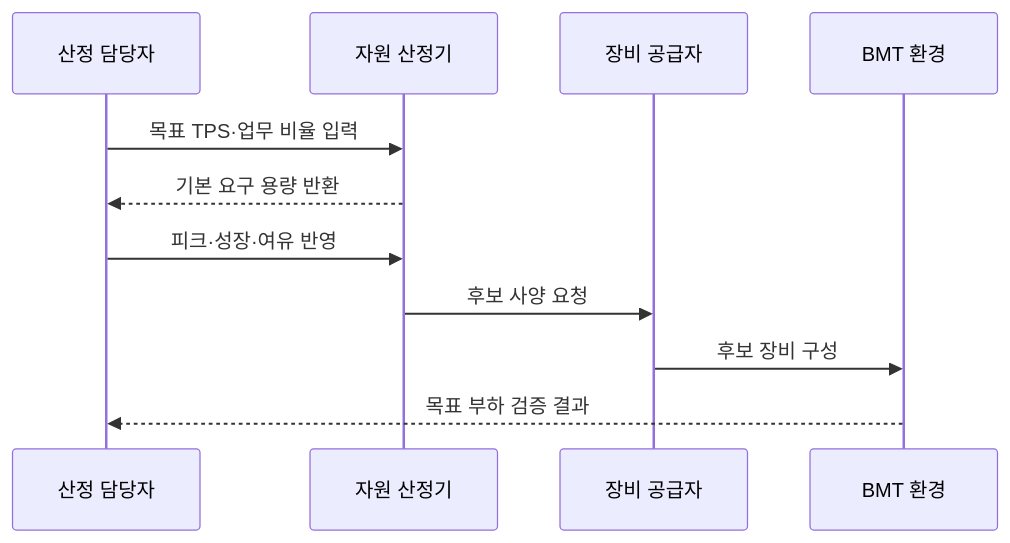
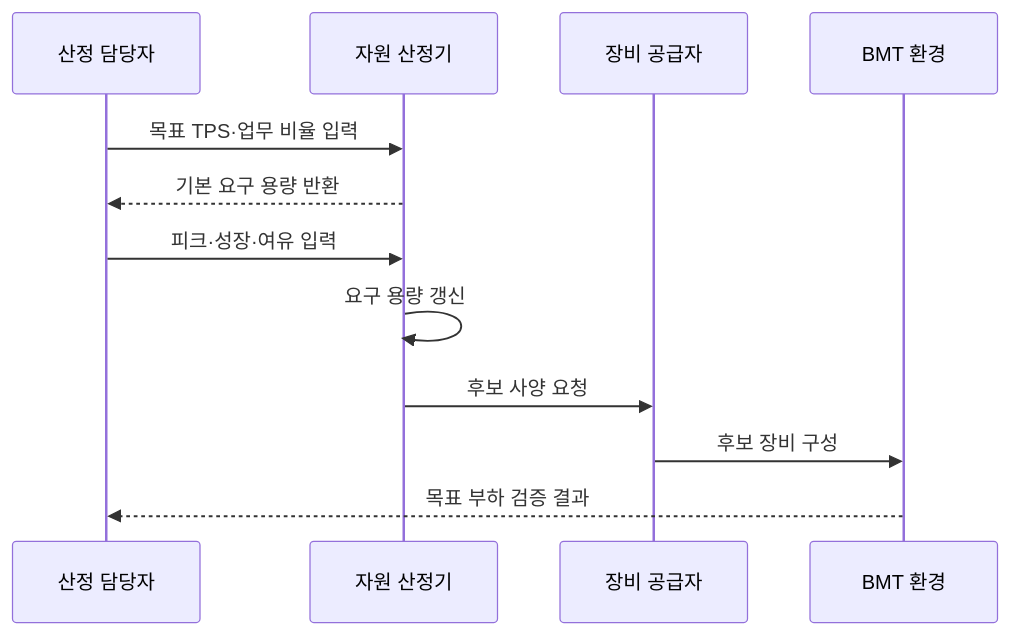
One commit to agnusdei1207/knowledge-base changed the second of 2 diagrams in src/content/docs/notes/06-evaluation/009_hw_sizing_tps_based.md. Above: the diagram before and after it, drawn with Mermaid. The commit also changed other lines of this file and 27 other files, not shown here.

````diff
--- a/src/content/docs/notes/06-evaluation/009_hw_sizing_tps_based.md
+++ b/src/content/docs/notes/06-evaluation/009_hw_sizing_tps_based.md
@@ -82,13 +82,14 @@
 ```mermaid
 sequenceDiagram
     participant A as 산정 담당자
     participant C as 자원 산정기
     participant V as 장비 공급자
     participant B as BMT 환경
     A->>C: 목표 TPS·업무 비율 입력
     C-->>A: 기본 요구 용량 반환
-    A->>C: 피크·성장·여유 반영
+    A->>C: 피크·성장·여유 입력
+    C->>C: 요구 용량 갱신
     C->>V: 후보 사양 요청
     V->>B: 후보 장비 구성
     B-->>A: 목표 부하 검증 결과
 ```
````
